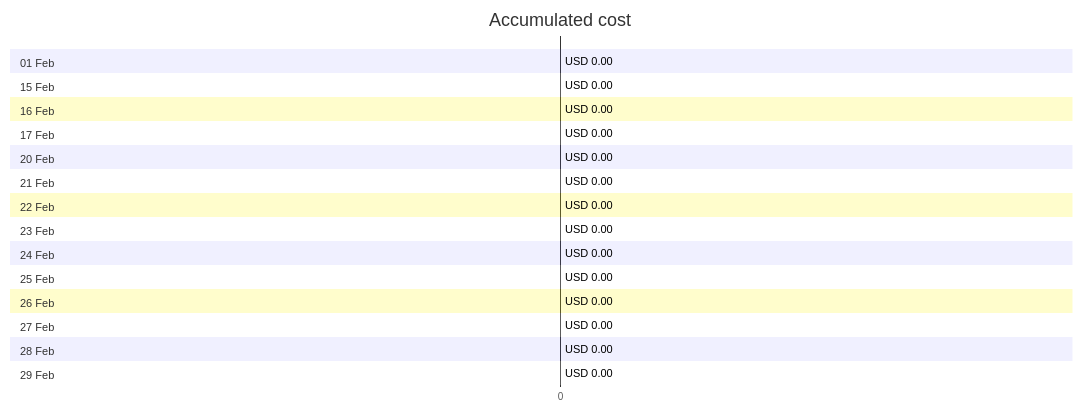
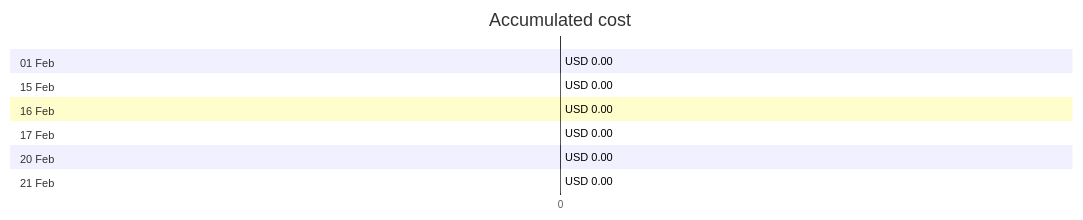
Before and after one commit to jpfulton/azure-personal-reports: the first of 4 diagrams in cost-reports/azureapp-auto-alerts-873533-jpatrick_fulton_gmail_com/README.md, drawn with Mermaid. The commit also changed other lines of this file and 1 other file, not shown here.

Commit message:
Generated reports [skip ci]

````diff
--- a/cost-reports/azureapp-auto-alerts-873533-jpatrick_fulton_gmail_com/README.md
+++ b/cost-reports/azureapp-auto-alerts-873533-jpatrick_fulton_gmail_com/README.md
@@ -20,34 +20,18 @@
 ```mermaid
 gantt
    title Accumulated cost
    dateFormat  X
    axisFormat %s
    section 01 Feb
    USD 0.00 :0, 0
    section 15 Feb
    USD 0.00 :0, 0
    section 16 Feb
    USD 0.00 :0, 0
    section 17 Feb
    USD 0.00 :0, 0
    section 20 Feb
    USD 0.00 :0, 0
    section 21 Feb
    USD 0.00 :0, 0
-   section 22 Feb
-   USD 0.00 : done, 0, 0
-   section 23 Feb
-   USD 0.00 : done, 0, 0
-   section 24 Feb
-   USD 0.00 : done, 0, 0
-   section 25 Feb
-   USD 0.00 : done, 0, 0
-   section 26 Feb
-   USD 0.00 : done, 0, 0
-   section 27 Feb
-   USD 0.00 : done, 0, 0
-   section 28 Feb
-   USD 0.00 : done, 0, 0
-   section 29 Feb
-   USD 0.00 : done, 0, 0
 ```
````
